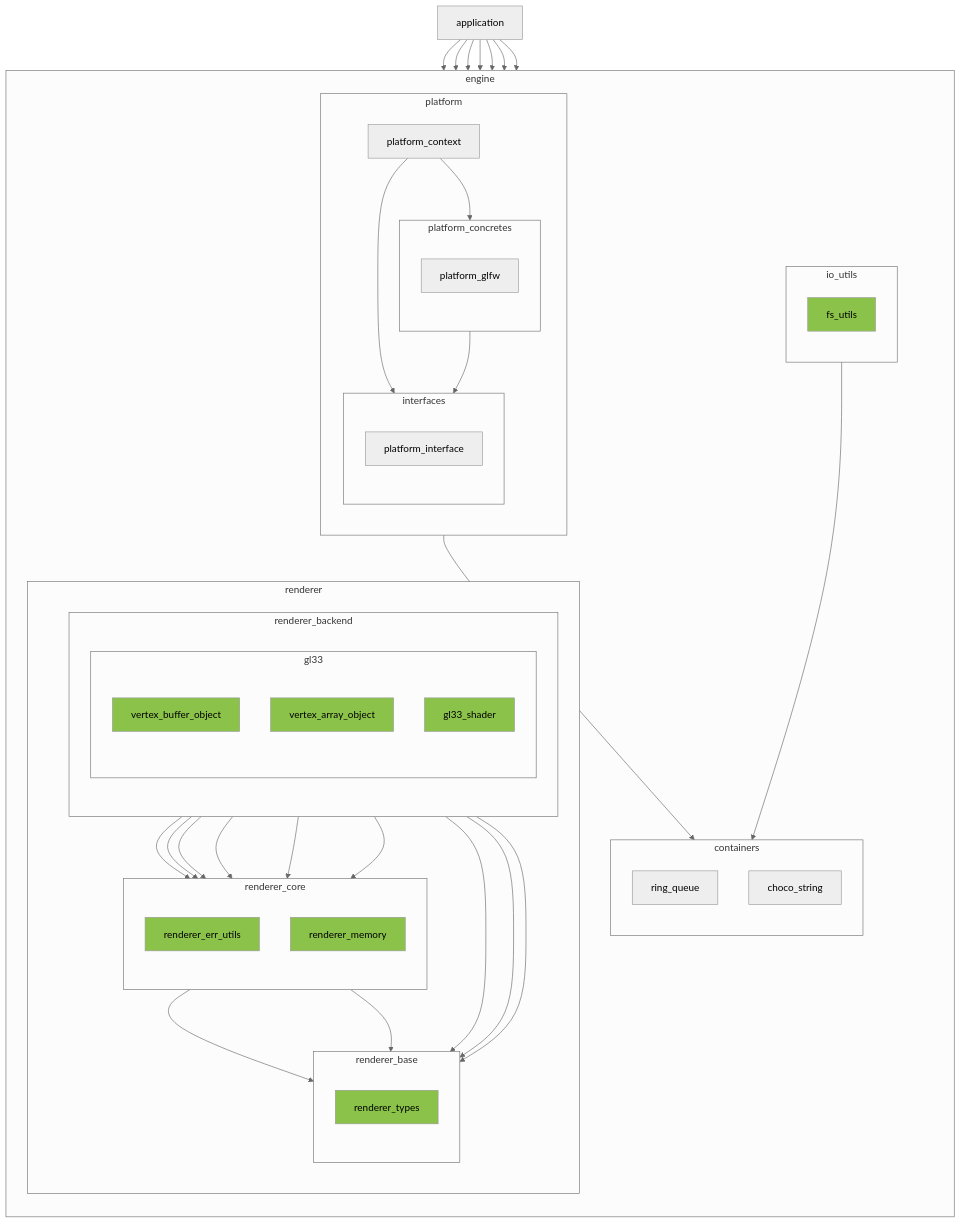
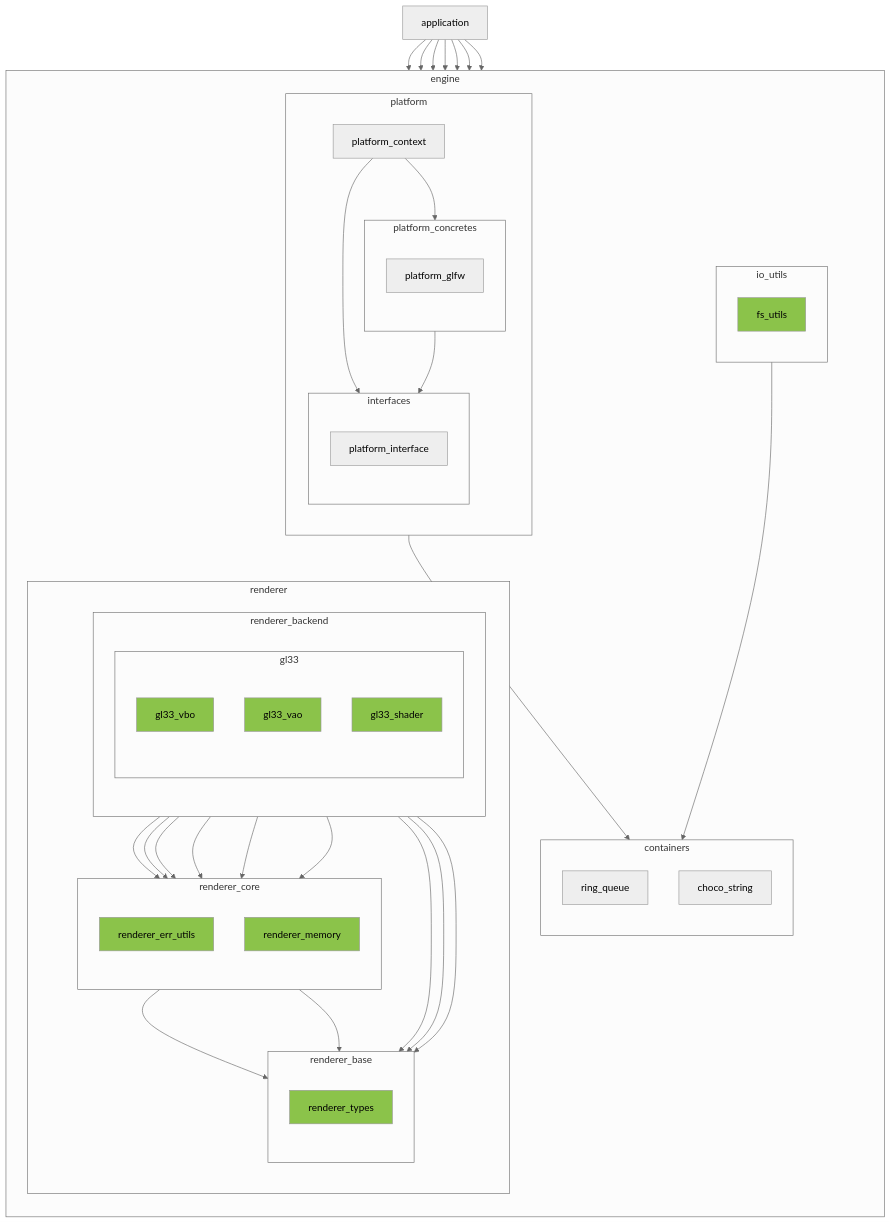
The diagram in books/2d_rendering_step4/step4_0_introduction.md (chocolate-pie24/gl_choco_engine), drawn with Mermaid (neutral theme) before and after one commit. The commit also changed 13 other files, not shown here.

```diff
--- a/books/2d_rendering_step4/step4_0_introduction.md
+++ b/books/2d_rendering_step4/step4_0_introduction.md
@@ -39,8 +39,8 @@
   APPLICATION --> FS_UTILS
   APPLICATION --> PLATFORM_CONTEXT
   APPLICATION --> RENDERER_TYPES
-  APPLICATION --> VERTEX_BUFFER_OBJECT
-  APPLICATION --> VERTEX_ARRAY_OBJECT
+  APPLICATION --> GL33_VBO
+  APPLICATION --> GL33_VAO
   APPLICATION --> GL33_SHADER
 
   subgraph ENGINE[engine]
@@ -83,12 +83,12 @@
         subgraph GL33[gl33]
           direction TB
           GL33_SHADER[gl33_shader]
-          VERTEX_ARRAY_OBJECT[vertex_array_object]
-          VERTEX_BUFFER_OBJECT[vertex_buffer_object]
+          GL33_VAO[gl33_vao]
+          GL33_VBO[gl33_vbo]
         end
         style GL33_SHADER fill:#8BC34A
-        style VERTEX_ARRAY_OBJECT fill:#8BC34A
-        style VERTEX_BUFFER_OBJECT fill:#8BC34A
+        style GL33_VAO fill:#8BC34A
+        style GL33_VBO fill:#8BC34A
       end
       subgraph RENDERER_BASE[renderer_base]
         direction TB
@@ -107,12 +107,12 @@
     GL33_SHADER --> RENDERER_MEMORY
     GL33_SHADER --> RENDERER_ERR_UTILS
 
-    VERTEX_ARRAY_OBJECT --> RENDERER_TYPES
-    VERTEX_ARRAY_OBJECT --> RENDERER_ERR_UTILS
-    VERTEX_ARRAY_OBJECT --> RENDERER_MEMORY
-    VERTEX_BUFFER_OBJECT --> RENDERER_TYPES
-    VERTEX_BUFFER_OBJECT --> RENDERER_ERR_UTILS
-    VERTEX_BUFFER_OBJECT --> RENDERER_MEMORY
+    GL33_VAO --> RENDERER_TYPES
+    GL33_VAO --> RENDERER_ERR_UTILS
+    GL33_VAO --> RENDERER_MEMORY
+    GL33_VBO --> RENDERER_TYPES
+    GL33_VBO --> RENDERER_ERR_UTILS
+    GL33_VBO --> RENDERER_MEMORY
     RENDERER_ERR_UTILS --> RENDERER_TYPES
     RENDERER_MEMORY --> RENDERER_TYPES
   end
```
